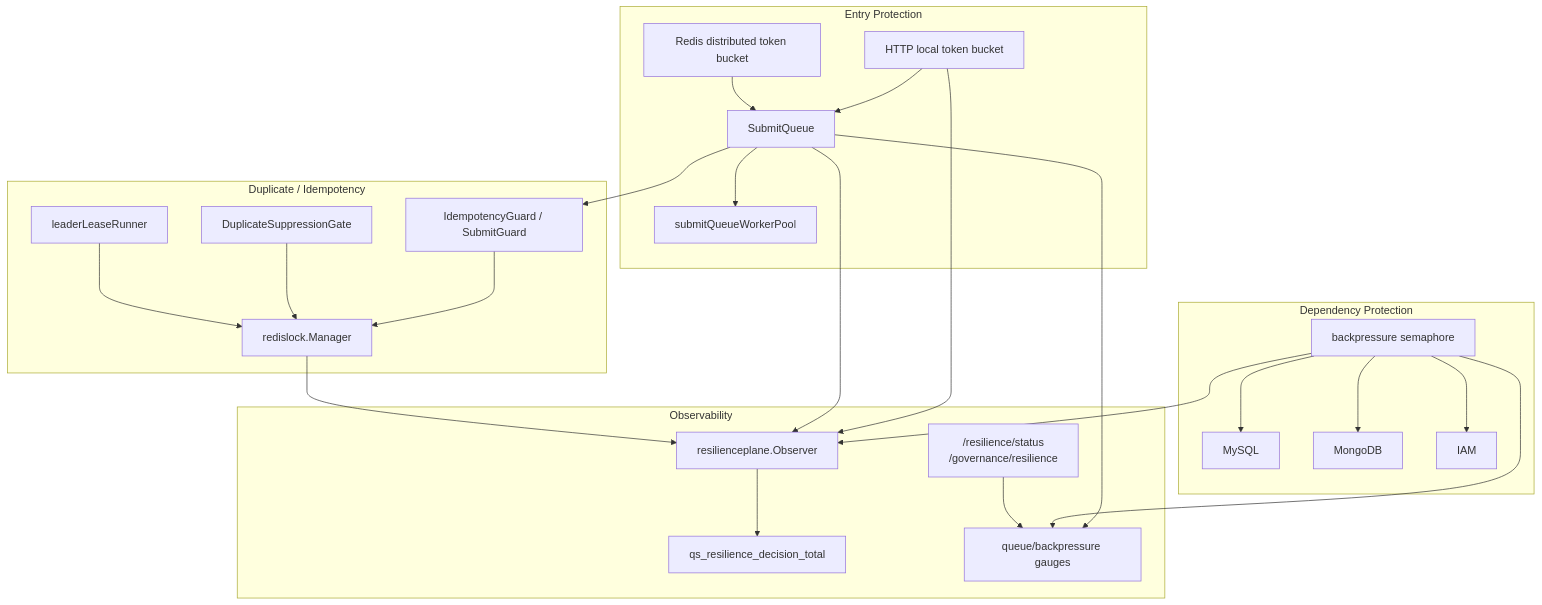
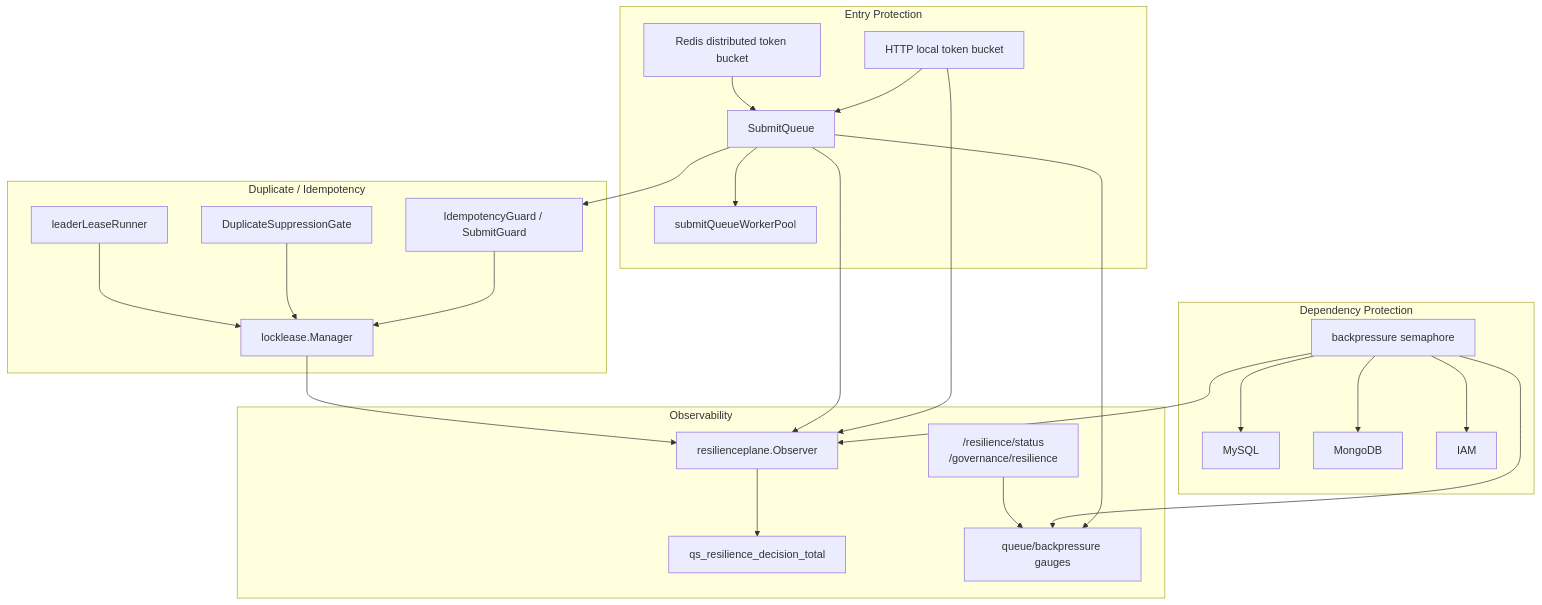
One commit to FangcunMount/qs-server changed the first of 3 diagrams in docs/03-基础设施/resilience/00-整体架构.md. Above: the diagram before and after it, drawn with Mermaid. The commit also changed other lines of this file and 34 other files, not shown here.

````diff
--- a/docs/03-基础设施/resilience/00-整体架构.md
+++ b/docs/03-基础设施/resilience/00-整体架构.md
@@ -17,47 +17,47 @@
 ```mermaid
 flowchart TD
     subgraph Entry["Entry Protection"]
         http["HTTP local token bucket"]
         dist["Redis distributed token bucket"]
         queue["SubmitQueue"]
         pool["submitQueueWorkerPool"]
     end
 
     subgraph Dependency["Dependency Protection"]
         bp["backpressure semaphore"]
         mysql["MySQL"]
         mongo["MongoDB"]
         iam["IAM"]
     end
 
     subgraph Duplicate["Duplicate / Idempotency"]
-        lease["redislock.Manager"]
+        lease["locklease.Manager"]
         submit["IdempotencyGuard / SubmitGuard"]
         worker["DuplicateSuppressionGate"]
         leader["leaderLeaseRunner"]
     end
 
     subgraph Observe["Observability"]
         plane["resilienceplane.Observer"]
         metrics["qs_resilience_decision_total"]
         state["queue/backpressure gauges"]
         status["/resilience/status<br/>/governance/resilience"]
     end
 
     http --> queue --> pool
     dist --> queue
     queue --> submit --> lease
     bp --> mysql
     bp --> mongo
     bp --> iam
     worker --> lease
     leader --> lease
     http --> plane
     queue --> plane
     bp --> plane
     lease --> plane
     plane --> metrics
     queue --> state
     bp --> state
     status --> state
 ```
````
